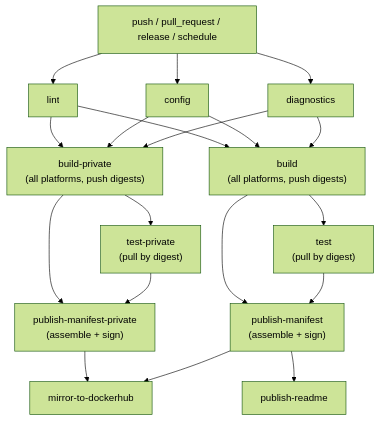
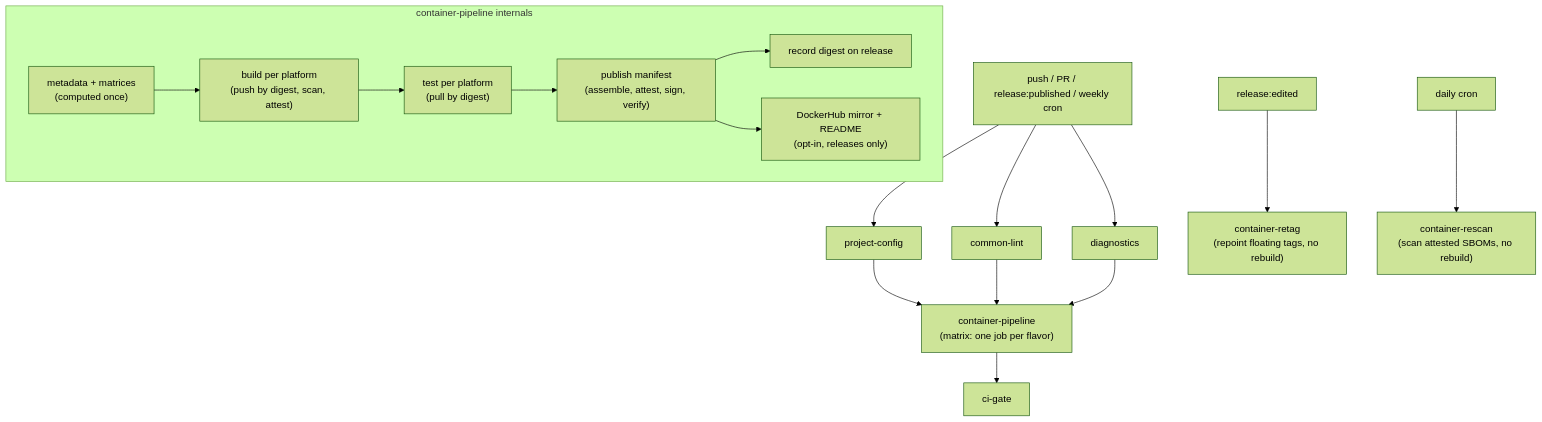
The diagram in README.md (felddy/reusable-workflows), drawn with Mermaid (forest theme) before and after one commit. The commit also changed other lines of this file and 1 other file, not shown here.

````diff
--- a/README.md
+++ b/README.md
@@ -30,26 +37,21 @@
 ```mermaid
 graph TD
-    A[push / pull_request / release / schedule] --> B[diagnostics]
-    A --> C[config]
-    A --> D[lint]
+    A[push / PR / release:published / weekly cron] --> C[project-config]
+    A --> L[common-lint]
+    A --> D[diagnostics]
+    C --> P["container-pipeline<br/>(matrix: one job per flavor)"]
+    L --> P
+    D --> P
+    P --> G[ci-gate]
 
-    B --> E["build<br/>(all platforms, push digests)"]
-    C --> E
-    D --> E
-    B --> F["build-private<br/>(all platforms, push digests)"]
-    C --> F
-    D --> F
+    E[release:edited] --> T["container-retag<br/>(repoint floating tags, no rebuild)"]
+    S[daily cron] --> R["container-rescan<br/>(scan attested SBOMs, no rebuild)"]
 
-    E --> G["test<br/>(pull by digest)"]
-    F --> H["test-private<br/>(pull by digest)"]
-
-    G --> I["publish-manifest<br/>(assemble + sign)"]
-    E --> I
-
-    H --> J["publish-manifest-private<br/>(assemble + sign)"]
-    F --> J
-
-    I --> K[mirror-to-dockerhub]
-    J --> K
-    I --> L[publish-readme]
+    subgraph container-pipeline internals
+        M["metadata + matrices<br/>(computed once)"] --> B["build per platform<br/>(push by digest, scan, attest)"]
+        B --> X["test per platform<br/>(pull by digest)"]
+        X --> U["publish manifest<br/>(assemble, attest, sign, verify)"]
+        U --> V["record digest on release"]
+        U --> W["DockerHub mirror + README<br/>(opt-in, releases only)"]
+    end
 ```
````
